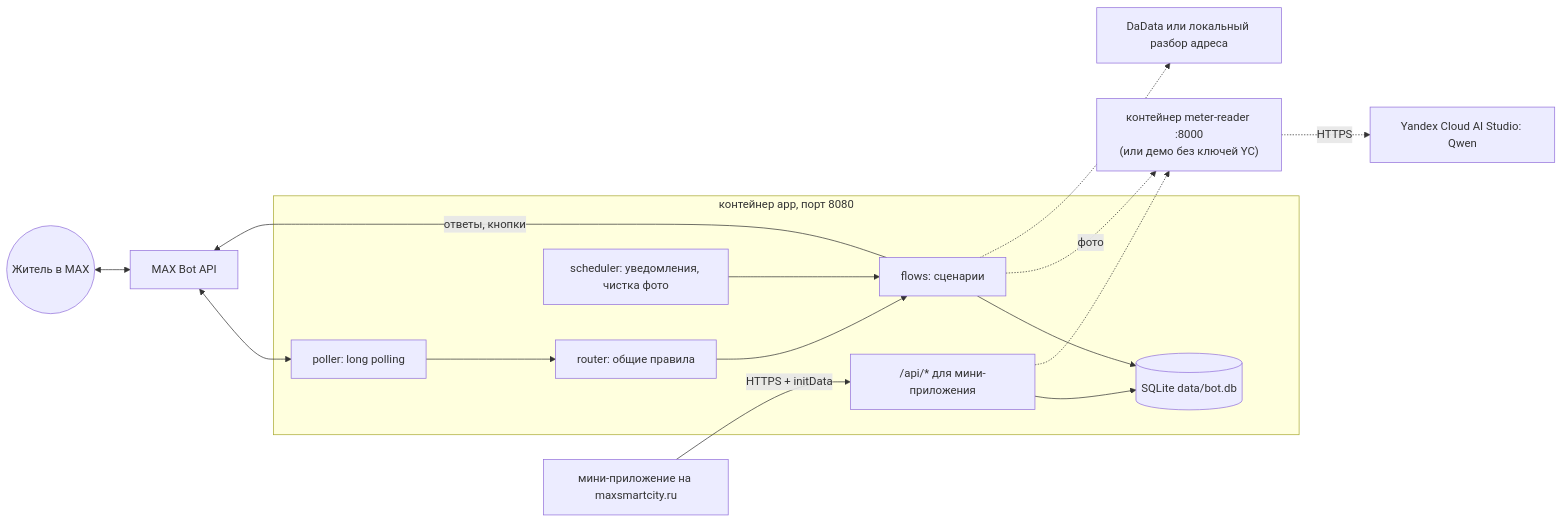
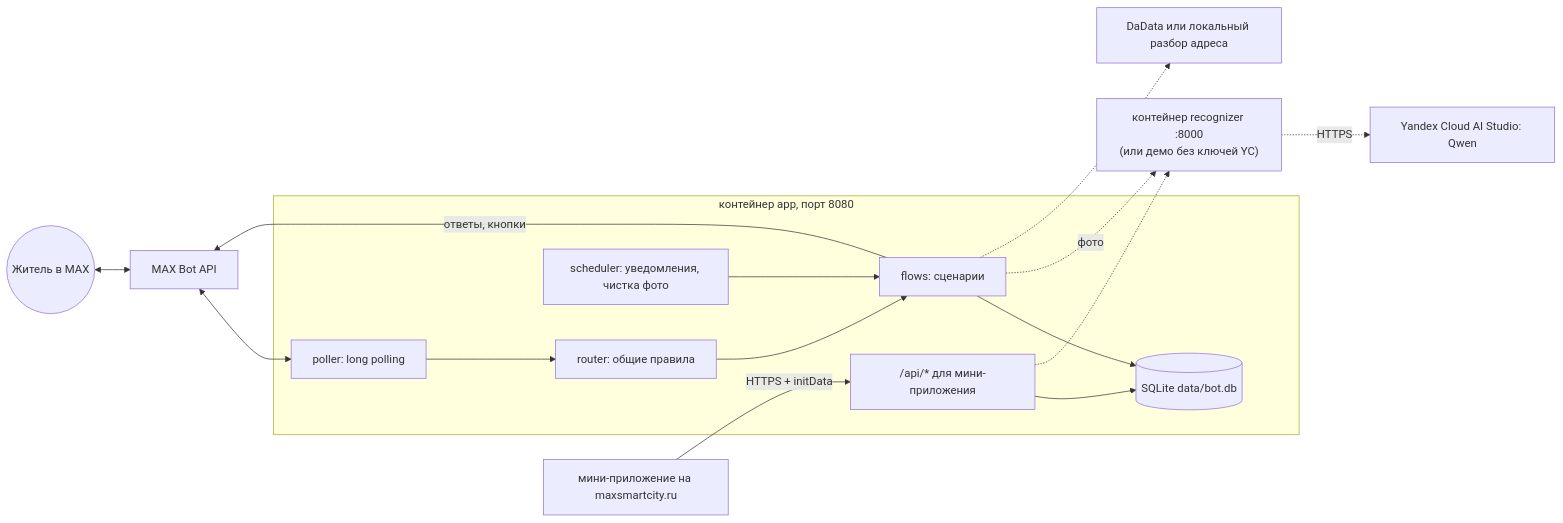
The diagram in README.md (alpha7en/max-smart-city-webapp), drawn with Mermaid before and after one commit. The commit also changed other lines of this file and 31 other files, not shown here.

First line of the commit message:
Rename recognition service: services/meter_reader → services/recognizer, compose service meter-reader → recognizer

````diff
--- a/README.md
+++ b/README.md
@@ -36,18 +36,18 @@
 ```mermaid
 flowchart LR
   U((Житель в MAX)) <--> MAX[MAX Bot API]
   subgraph app["контейнер app, порт 8080"]
     P[poller: long polling] --> R[router: общие правила] --> F[flows: сценарии]
     S[scheduler: уведомления, чистка фото] --> F
     API["/api/* для мини-приложения"]
     F --> DB[("SQLite data/bot.db")]
     API --> DB
   end
   MAX <--> P
   F -- ответы, кнопки --> MAX
   MA[мини-приложение на maxsmartcity.ru] -- HTTPS + initData --> API
-  F -. фото .-> REC["контейнер meter-reader :8000<br/>(или демо без ключей YC)"]
+  F -. фото .-> REC["контейнер recognizer :8000<br/>(или демо без ключей YC)"]
   API -.-> REC
   REC -. HTTPS .-> YC[Yandex Cloud AI Studio: Qwen]
   F -.-> DD[DaData или локальный разбор адреса]
 ```
````
